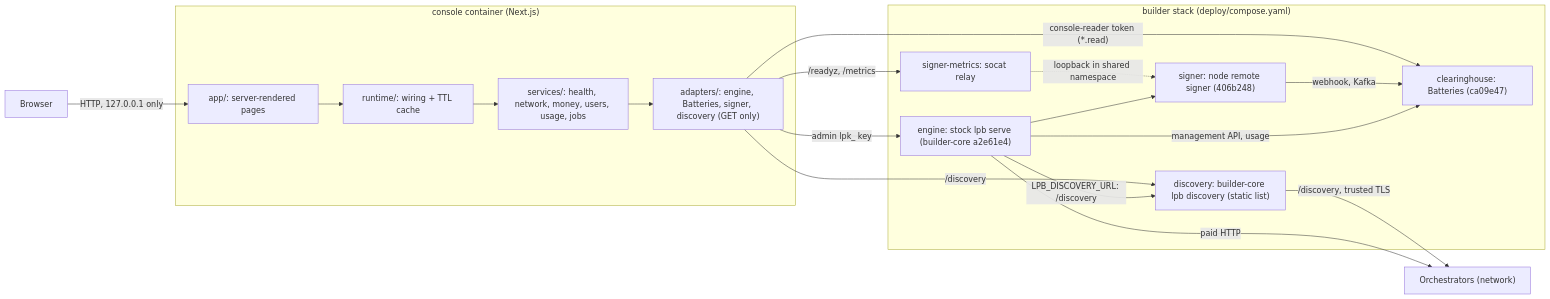
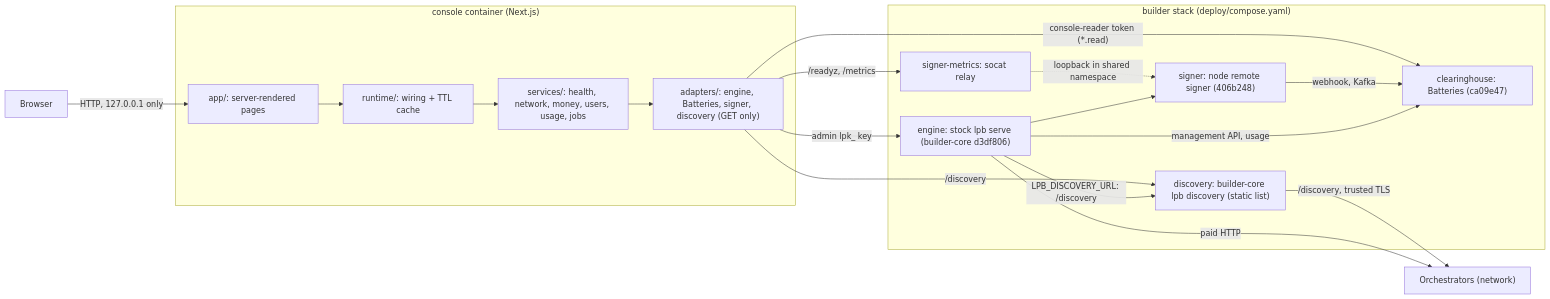
One commit to NE-Build-Track/builder-core-console changed the first of 2 diagrams in ARCHITECTURE.md. Above: the diagram before and after it, drawn with Mermaid. The commit also changed 9 other files, not shown here.

First line of the commit message:
build: pin builder-core d3df806, the merge of #69 on releases/m3

````diff
--- a/ARCHITECTURE.md
+++ b/ARCHITECTURE.md
@@ -9,27 +9,27 @@
 ```mermaid
 flowchart LR
     Browser["Browser"]
     subgraph Console["console container (Next.js)"]
         Pages["app/: server-rendered pages"]
         RT["runtime/: wiring + TTL cache"]
         SVC["services/: health, network, money, users, usage, jobs"]
         AD["adapters/: engine, Batteries, signer, discovery (GET only)"]
     end
     subgraph Stack["builder stack (deploy/compose.yaml)"]
-        Engine["engine: stock lpb serve (builder-core a2e61e4)"]
+        Engine["engine: stock lpb serve (builder-core d3df806)"]
         Bat["clearinghouse: Batteries (ca09e47)"]
         Signer["signer: node remote signer (406b248)"]
         Relay["signer-metrics: socat relay"]
         Disc["discovery: builder-core lpb discovery (static list)"]
     end
     Orch["Orchestrators (network)"]
     Browser -->|"HTTP, 127.0.0.1 only"| Pages --> RT --> SVC --> AD
     AD -->|"admin lpk_ key"| Engine
     AD -->|"console-reader token (*.read)"| Bat
     AD -->|"/discovery"| Disc
     AD -->|"/readyz, /metrics"| Relay -.->|"loopback in shared namespace"| Signer
     Engine --> Signer -->|"webhook, Kafka"| Bat
     Engine -->|"LPB_DISCOVERY_URL: /discovery"| Disc -->|"/discovery, trusted TLS"| Orch
     Engine -->|"paid HTTP"| Orch
     Engine -->|"management API, usage"| Bat
 ```
````
